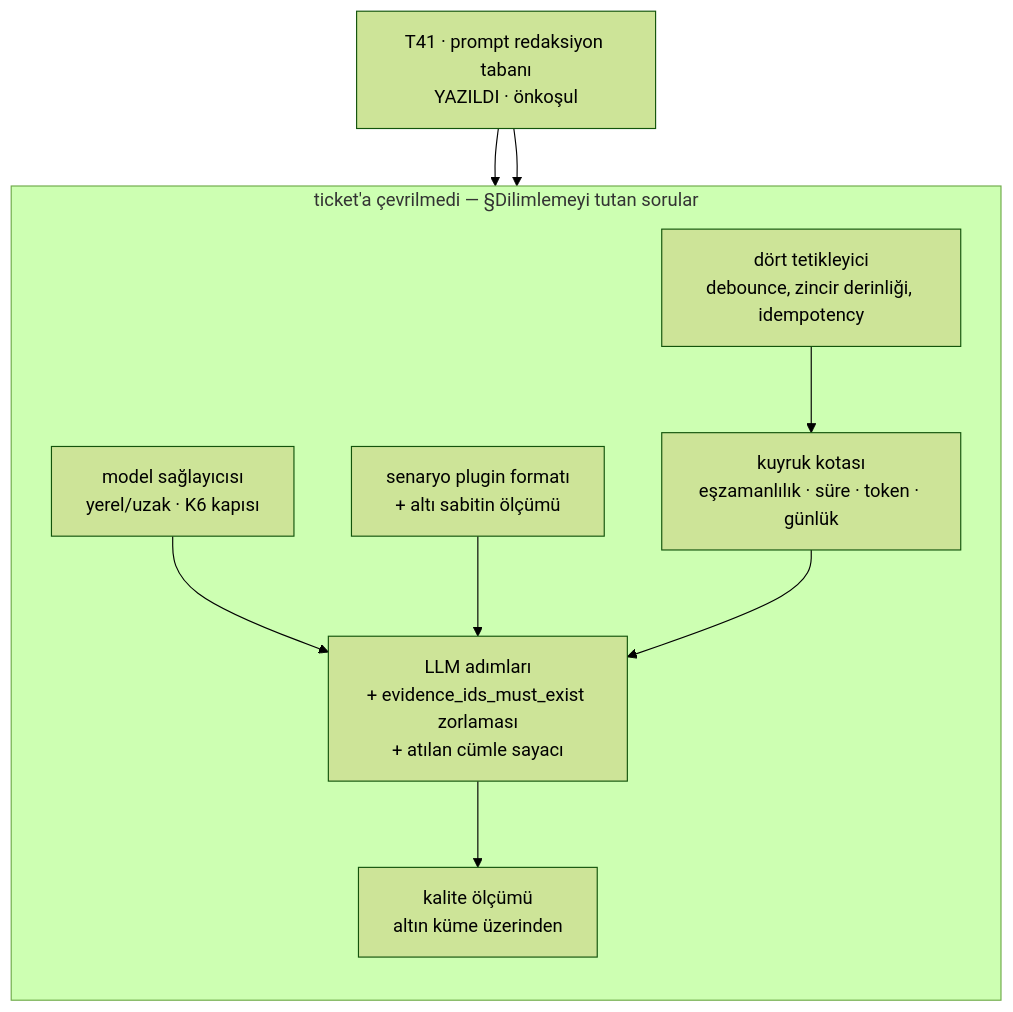
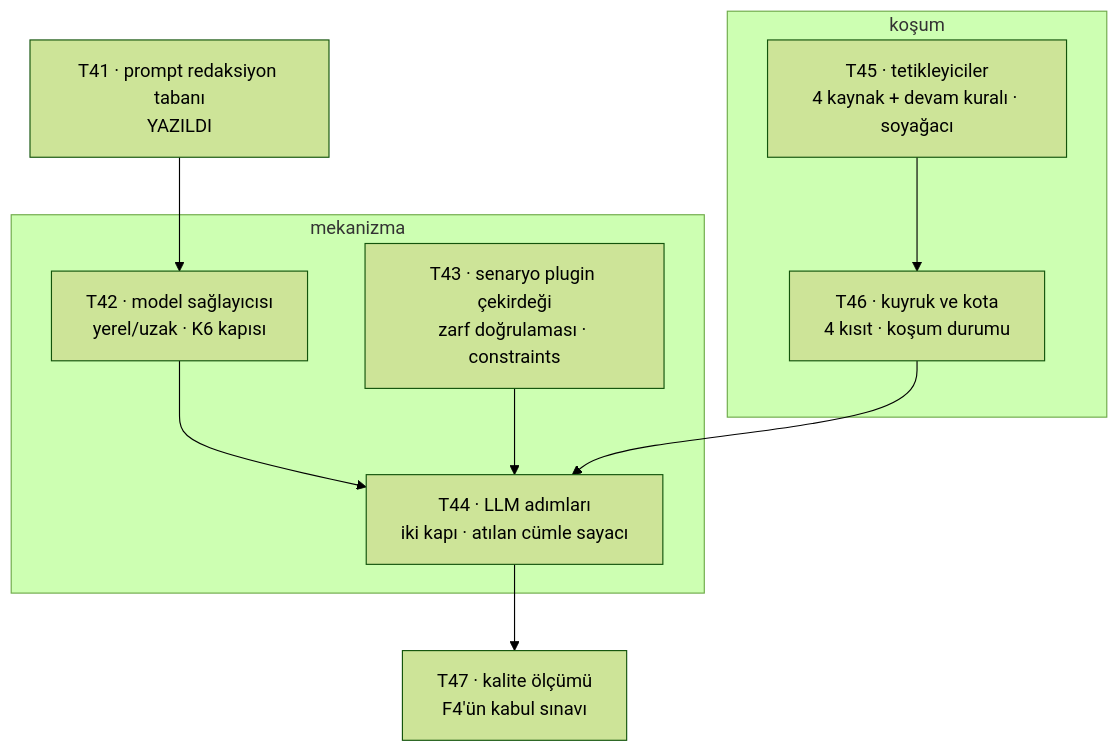
Before and after one commit to hakkisagdic/loganalyzer: the diagram in docs/epic/tickets-f4/index.md, drawn with Mermaid (forest theme). The commit also changed other lines of this file, not shown here.

First line of the commit message:
Turn the F4 story index into a ticket table, as it said it would

````diff
--- a/docs/epic/tickets-f4/index.md
+++ b/docs/epic/tickets-f4/index.md
@@ -42,21 +61,22 @@
 ```mermaid
 flowchart TB
-  T41["T41 · prompt redaksiyon tabanı<br/>YAZILDI · önkoşul"]
+  T41["T41 · prompt redaksiyon tabanı<br/>YAZILDI"]
 
-  subgraph Unsliced["ticket'a çevrilmedi — §Dilimlemeyi tutan sorular"]
-    direction TB
-    P["senaryo plugin formatı<br/>+ altı sabitin ölçümü"]
-    L["LLM adımları<br/>+ evidence_ids_must_exist zorlaması<br/>+ atılan cümle sayacı"]
-    M["model sağlayıcısı<br/>yerel/uzak · K6 kapısı"]
-    T["dört tetikleyici<br/>debounce, zincir derinliği, idempotency"]
-    Q["kuyruk kotası<br/>eşzamanlılık · süre · token · günlük"]
-    K["kalite ölçümü<br/>altın küme üzerinden"]
+  subgraph Mek["mekanizma"]
+    T42["T42 · model sağlayıcısı<br/>yerel/uzak · K6 kapısı"]
+    T43["T43 · senaryo plugin çekirdeği<br/>zarf doğrulaması · constraints"]
+    T44["T44 · LLM adımları<br/>iki kapı · atılan cümle sayacı"]
   end
 
-  T41 --> M --> L
-  T41 --> L
-  P --> L
-  L --> K
-  T --> Q
-  Q --> L
+  subgraph Kos["koşum"]
+    T45["T45 · tetikleyiciler<br/>4 kaynak + devam kuralı · soyağacı"]
+    T46["T46 · kuyruk ve kota<br/>4 kısıt · koşum durumu"]
+  end
+
+  T47["T47 · kalite ölçümü<br/>F4'ün kabul sınavı"]
+
+  T41 --> T42 --> T44
+  T43 --> T44
+  T45 --> T46 --> T44
+  T44 --> T47
 ```
````
